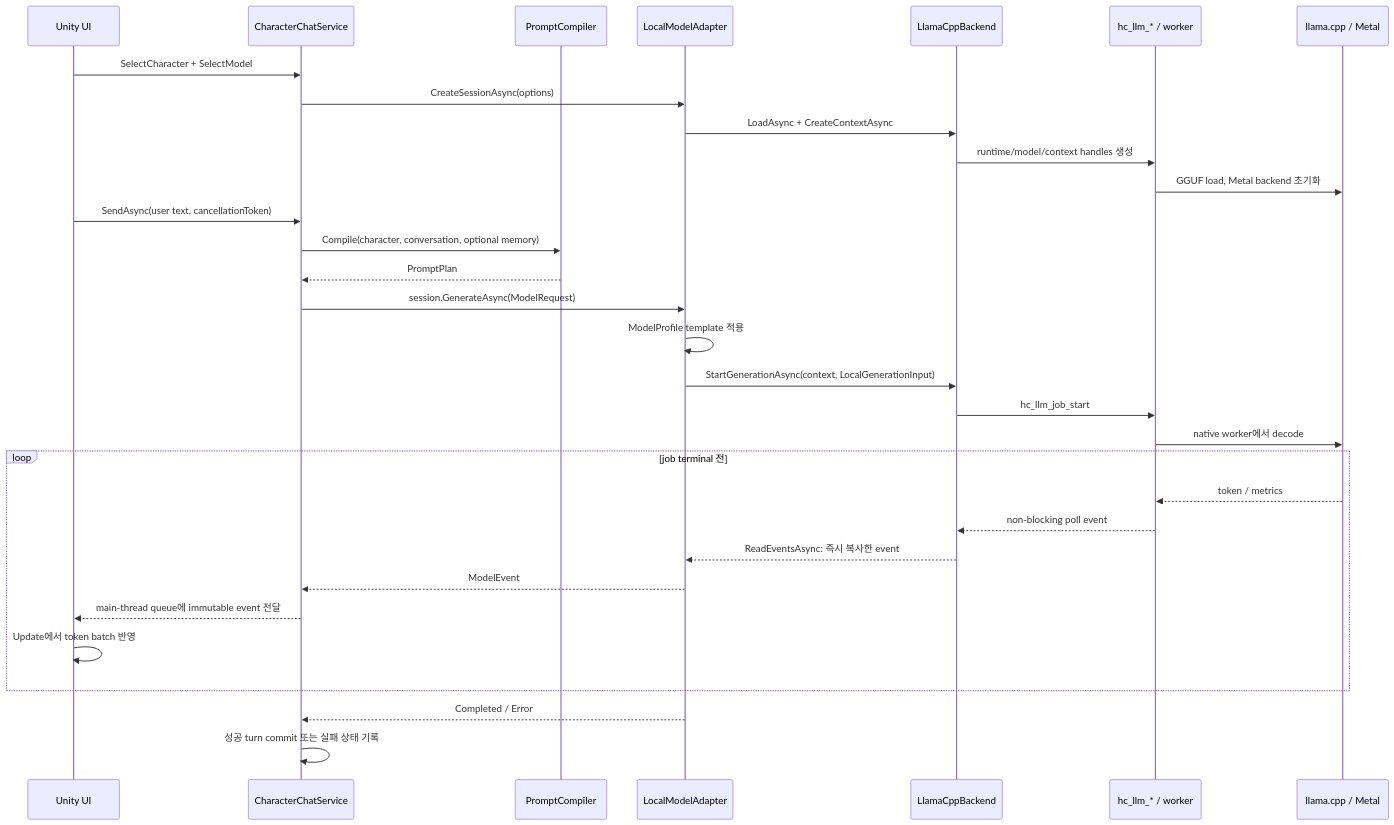
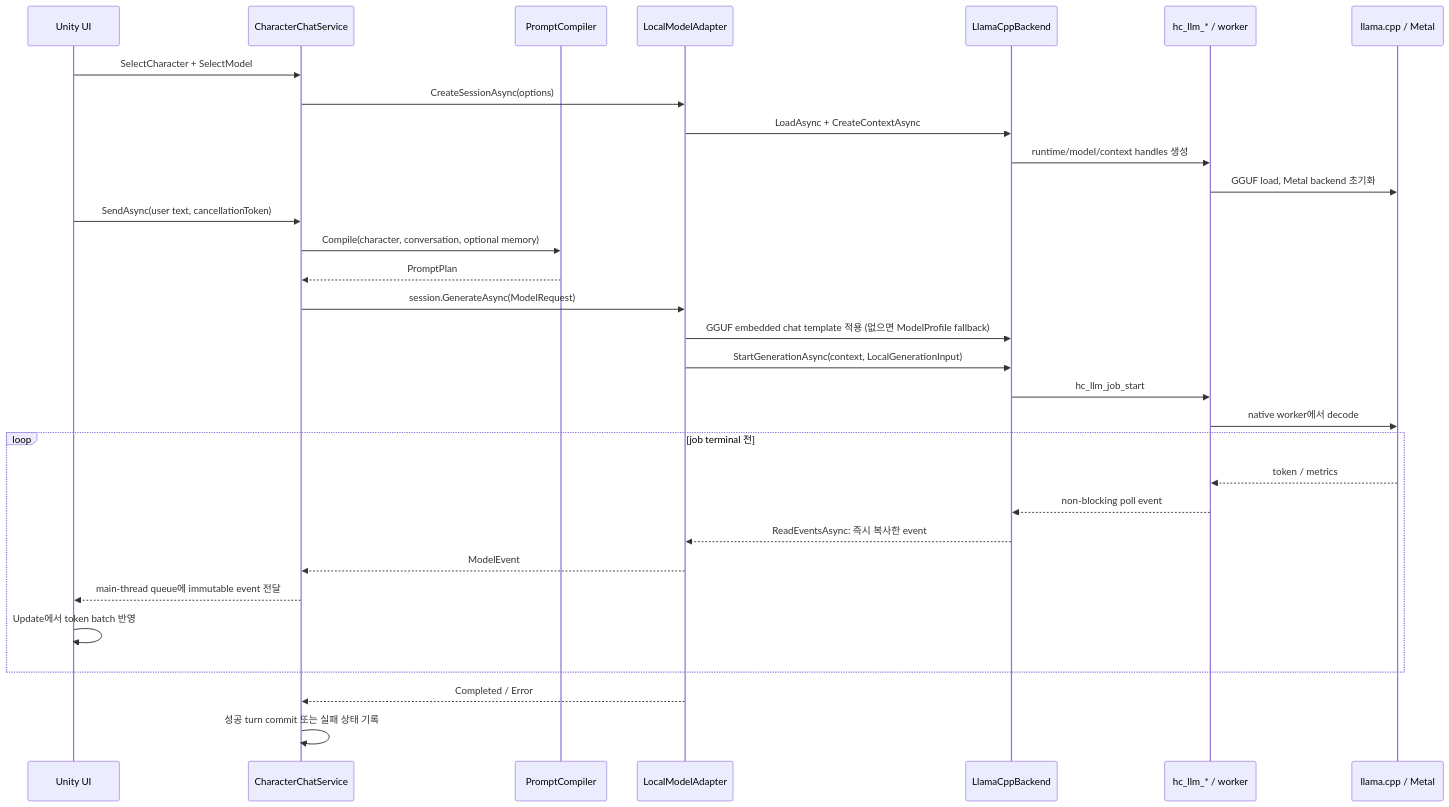
One commit to tina445/HaruChat2 changed the second of 3 diagrams in docs/ARCHITECTURE.md. Above: the diagram before and after it, drawn with Mermaid. The commit also changed other lines of this file and 63 other files, not shown here.

````diff
--- a/docs/ARCHITECTURE.md
+++ b/docs/ARCHITECTURE.md
@@ -261,37 +268,37 @@
 ```mermaid
 sequenceDiagram
     participant UI as Unity UI
     participant App as CharacterChatService
     participant PC as PromptCompiler
     participant MA as LocalModelAdapter
     participant BE as LlamaCppBackend
     participant ABI as hc_llm_* / worker
     participant LLM as llama.cpp / Metal
 
     UI->>App: SelectCharacter + SelectModel
     App->>MA: CreateSessionAsync(options)
     MA->>BE: LoadAsync + CreateContextAsync
     BE->>ABI: runtime/model/context handles 생성
     ABI->>LLM: GGUF load, Metal backend 초기화
 
     UI->>App: SendAsync(user text, cancellationToken)
     App->>PC: Compile(character, conversation, optional memory)
     PC-->>App: PromptPlan
     App->>MA: session.GenerateAsync(ModelRequest)
-    MA->>MA: ModelProfile template 적용
+    MA->>BE: GGUF embedded chat template 적용 (없으면 ModelProfile fallback)
     MA->>BE: StartGenerationAsync(context, LocalGenerationInput)
     BE->>ABI: hc_llm_job_start
     ABI->>LLM: native worker에서 decode
 
     loop job terminal 전
         LLM-->>ABI: token / metrics
         ABI-->>BE: non-blocking poll event
         BE-->>MA: ReadEventsAsync: 즉시 복사한 event
         MA-->>App: ModelEvent
         App-->>UI: main-thread queue에 immutable event 전달
         UI->>UI: Update에서 token batch 반영
     end
 
     MA-->>App: Completed / Error
     App->>App: 성공 turn commit 또는 실패 상태 기록
 ```
````
